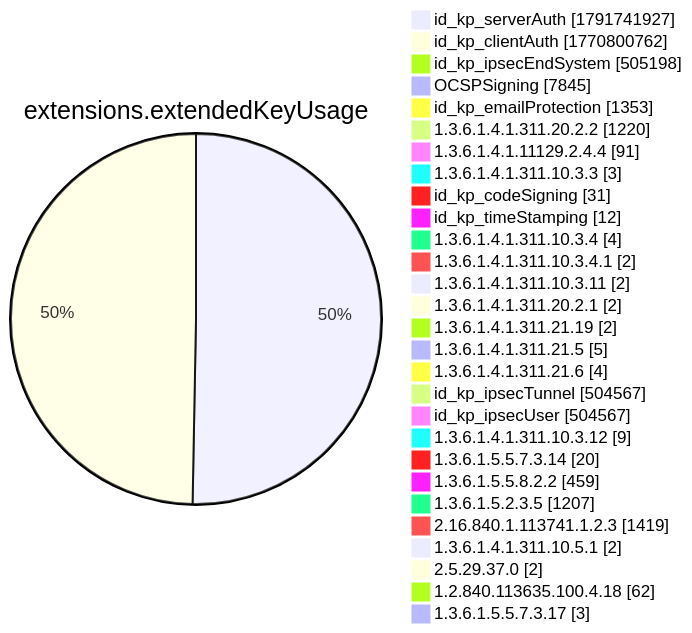
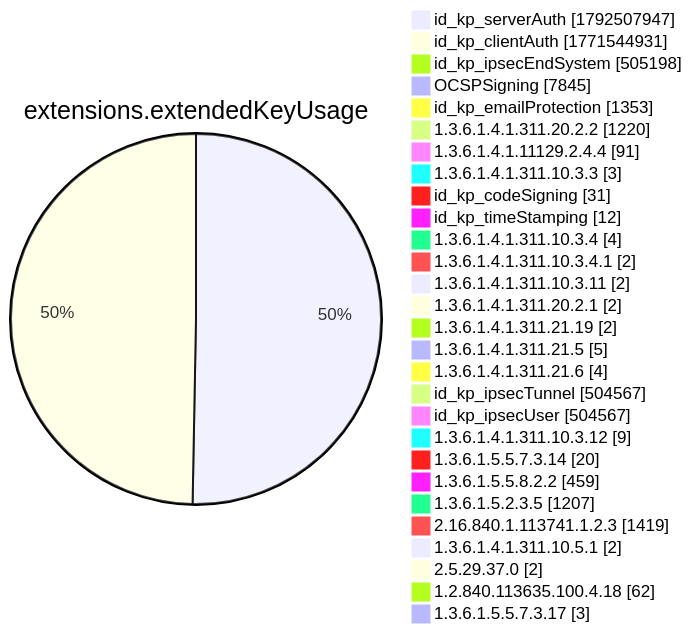
Diagram 12 of 15 in xenon2022/README.md (christiankrug/ctmonitor_visualization), drawn with Mermaid before and after one commit. The commit also changed other lines of this file, not shown here.

````diff
--- a/xenon2022/README.md
+++ b/xenon2022/README.md
@@ -3895,32 +3895,32 @@
 ```mermaid
 pie showData
 title extensions.extendedKeyUsage
-"id_kp_serverAuth" :1791741927
-"id_kp_clientAuth" :1770800762
+"id_kp_serverAuth" :1792507947
+"id_kp_clientAuth" :1771544931
 "id_kp_ipsecEndSystem" :505198
 "OCSPSigning" :7845
 "id_kp_emailProtection" :1353
 "1.3.6.1.4.1.311.20.2.2" :1220
 "1.3.6.1.4.1.11129.2.4.4" :91
 "1.3.6.1.4.1.311.10.3.3" :3
 "id_kp_codeSigning" :31
 "id_kp_timeStamping" :12
 "1.3.6.1.4.1.311.10.3.4" :4
 "1.3.6.1.4.1.311.10.3.4.1" :2
 "1.3.6.1.4.1.311.10.3.11" :2
 "1.3.6.1.4.1.311.20.2.1" :2
 "1.3.6.1.4.1.311.21.19" :2
 "1.3.6.1.4.1.311.21.5" :5
 "1.3.6.1.4.1.311.21.6" :4
 "id_kp_ipsecTunnel" :504567
 "id_kp_ipsecUser" :504567
 "1.3.6.1.4.1.311.10.3.12" :9
 "1.3.6.1.5.5.7.3.14" :20
 "1.3.6.1.5.5.8.2.2" :459
 "1.3.6.1.5.2.3.5" :1207
 "2.16.840.1.113741.1.2.3" :1419
 "1.3.6.1.4.1.311.10.5.1" :2
 "2.5.29.37.0" :2
 "1.2.840.113635.100.4.18" :62
 "1.3.6.1.5.5.7.3.17" :3
 ```
````
